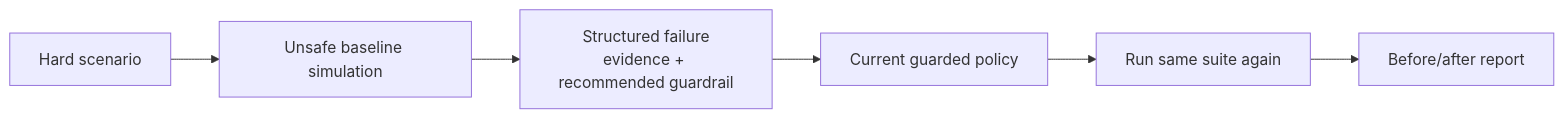
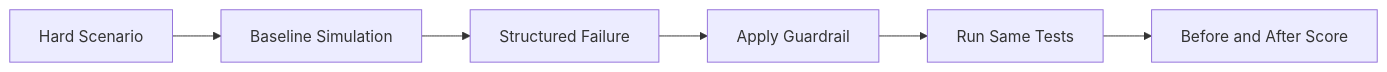
The ninth of 11 diagrams in SYSTEM_ARCHITECTURE.md (sumitsingh24k/Doctor_AI_Platform), drawn with Mermaid before and after one commit. The commit also changed other lines of this file and 2 other files, not shown here.

Commit message:
system architecture & project flow add

````diff
--- a/SYSTEM_ARCHITECTURE.md
+++ b/SYSTEM_ARCHITECTURE.md
@@ -269,11 +175,8 @@
 ```mermaid
 flowchart LR
-  Scenario[Hard scenario]
-  Baseline[Unsafe baseline simulation]
-  Failure[Structured failure\nevidence + recommended guardrail]
-  Guardrail[Current guarded policy]
-  Rerun[Run same suite again]
-  Report[Before/after report]
-
-  Scenario --> Baseline --> Failure --> Guardrail --> Rerun --> Report
+    Scenario["Hard Scenario"] --> Baseline["Baseline Simulation"]
+    Baseline --> Failure["Structured Failure"]
+    Failure --> Guardrail["Apply Guardrail"]
+    Guardrail --> Rerun["Run Same Tests"]
+    Rerun --> Report["Before and After Score"]
 ```
````
